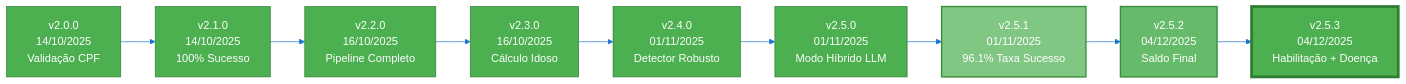
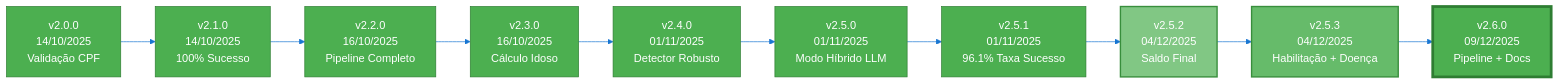
Before and after one commit to revisaprecatorio/ocr-oficios-tjsp: the first of 2 diagrams in README.md, drawn with Mermaid. The commit also changed other lines of this file, not shown here.

````diff
--- a/README.md
+++ b/README.md
@@ -11,16 +11,17 @@
 ```mermaid
 %%{init: {'theme':'base', 'themeVariables': { 'primaryColor':'#4CAF50','primaryTextColor':'#fff','primaryBorderColor':'#2E7D32','lineColor':'#1976D2','secondaryColor':'#FFC107','tertiaryColor':'#F44336'}}}%%
 graph LR
     A[v2.0.0<br/>14/10/2025<br/>Validação CPF] --> B[v2.1.0<br/>14/10/2025<br/>100% Sucesso]
     B --> C[v2.2.0<br/>16/10/2025<br/>Pipeline Completo]
     C --> D[v2.3.0<br/>16/10/2025<br/>Cálculo Idoso]
     D --> E[v2.4.0<br/>01/11/2025<br/>Detector Robusto]
     E --> F[v2.5.0<br/>01/11/2025<br/>Modo Híbrido LLM]
     F --> G[v2.5.1<br/>01/11/2025<br/>96.1% Taxa Sucesso]
     G --> H[v2.5.2<br/>04/12/2025<br/>Saldo Final]
     H --> I[v2.5.3<br/>04/12/2025<br/>Habilitação + Doença]
+    I --> J[v2.6.0<br/>09/12/2025<br/>Pipeline + Docs]
 
-    style I fill:#4CAF50,stroke:#2E7D32,stroke-width:4px,color:#fff
-    style H fill:#66BB6A,stroke:#388E3C,stroke-width:2px
-    style G fill:#81C784,stroke:#388E3C,stroke-width:2px
+    style J fill:#4CAF50,stroke:#2E7D32,stroke-width:4px,color:#fff
+    style I fill:#66BB6A,stroke:#388E3C,stroke-width:2px
+    style H fill:#81C784,stroke:#388E3C,stroke-width:2px
 ```
````
